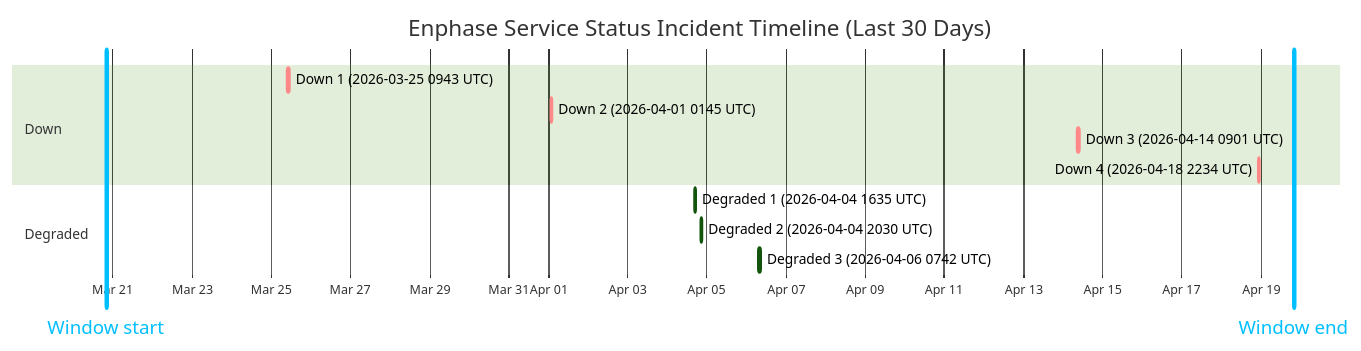
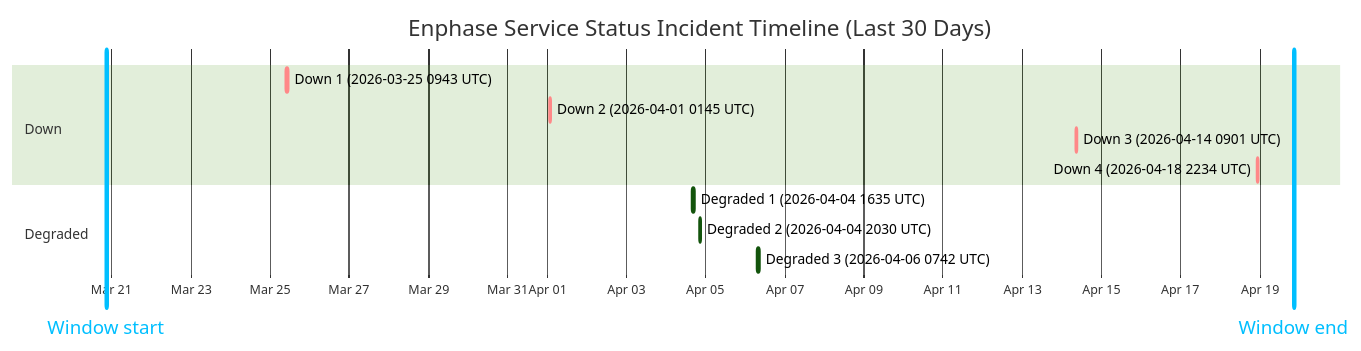
The diagram in wiki/Service-Status-History.md (barneyonline/ha-enphase-ev-charger), drawn with Mermaid (forest theme) before and after one commit. The commit also changed other lines of this file and 3 other files, not shown here.

````diff
--- a/wiki/Service-Status-History.md
+++ b/wiki/Service-Status-History.md
@@ -14,17 +14,17 @@
 ```mermaid
 gantt
     title Enphase Service Status Incident Timeline (Last 30 Days)
     dateFormat  YYYY-MM-DDTHH:mm:ss
     axisFormat  %b %d
-    Window start :vert, window-start, 2026-03-20T19:59:18, 0ms
-    Window end :vert, window-end, 2026-04-19T19:59:18, 0ms
+    Window start :vert, window-start, 2026-03-20T20:49:39, 0ms
+    Window end :vert, window-end, 2026-04-19T20:49:39, 0ms
     section Down
     Down 1 (2026-03-25 0943 UTC) :crit, down-1, 2026-03-25T09:43:28, 111m
     Down 2 (2026-04-01 0145 UTC) :crit, down-2, 2026-04-01T01:45:09, 60m
     Down 3 (2026-04-14 0901 UTC) :crit, down-3, 2026-04-14T09:01:13, 60m
     Down 4 (2026-04-18 2234 UTC) :crit, down-4, 2026-04-18T22:34:13, 60m
     section Degraded
     Degraded 1 (2026-04-04 1635 UTC) :active, degraded-1, 2026-04-04T16:35:17, 60m
     Degraded 2 (2026-04-04 2030 UTC) :active, degraded-2, 2026-04-04T20:30:40, 60m
     Degraded 3 (2026-04-06 0742 UTC) :active, degraded-3, 2026-04-06T07:42:09, 85m
 ```
````
